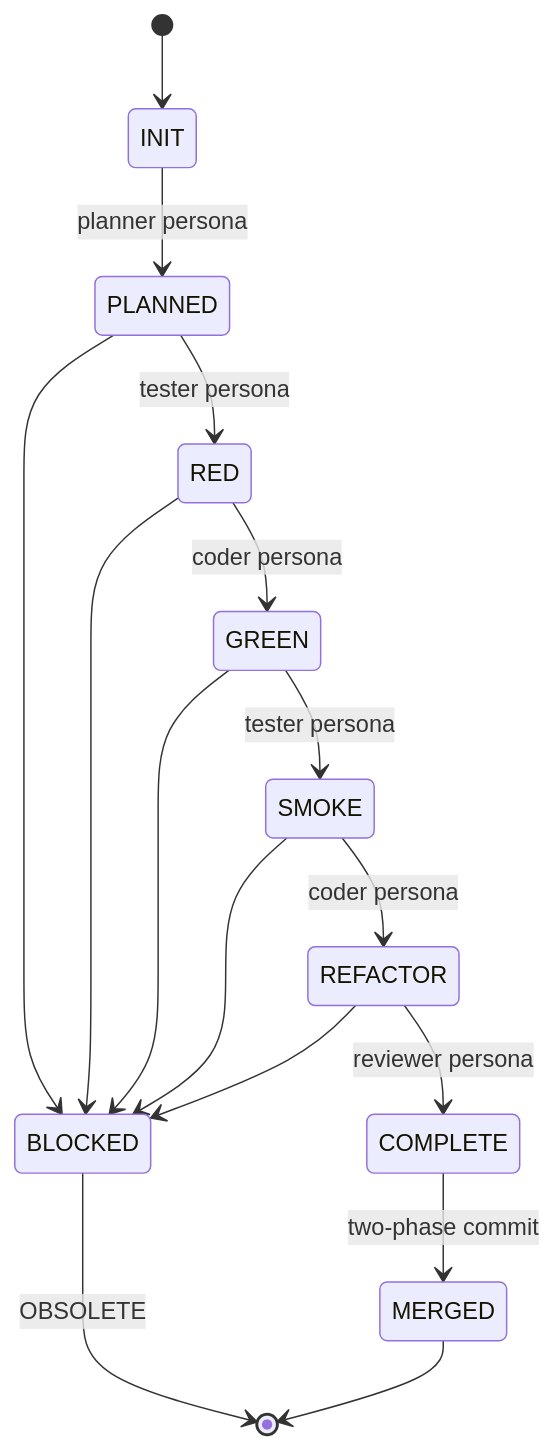
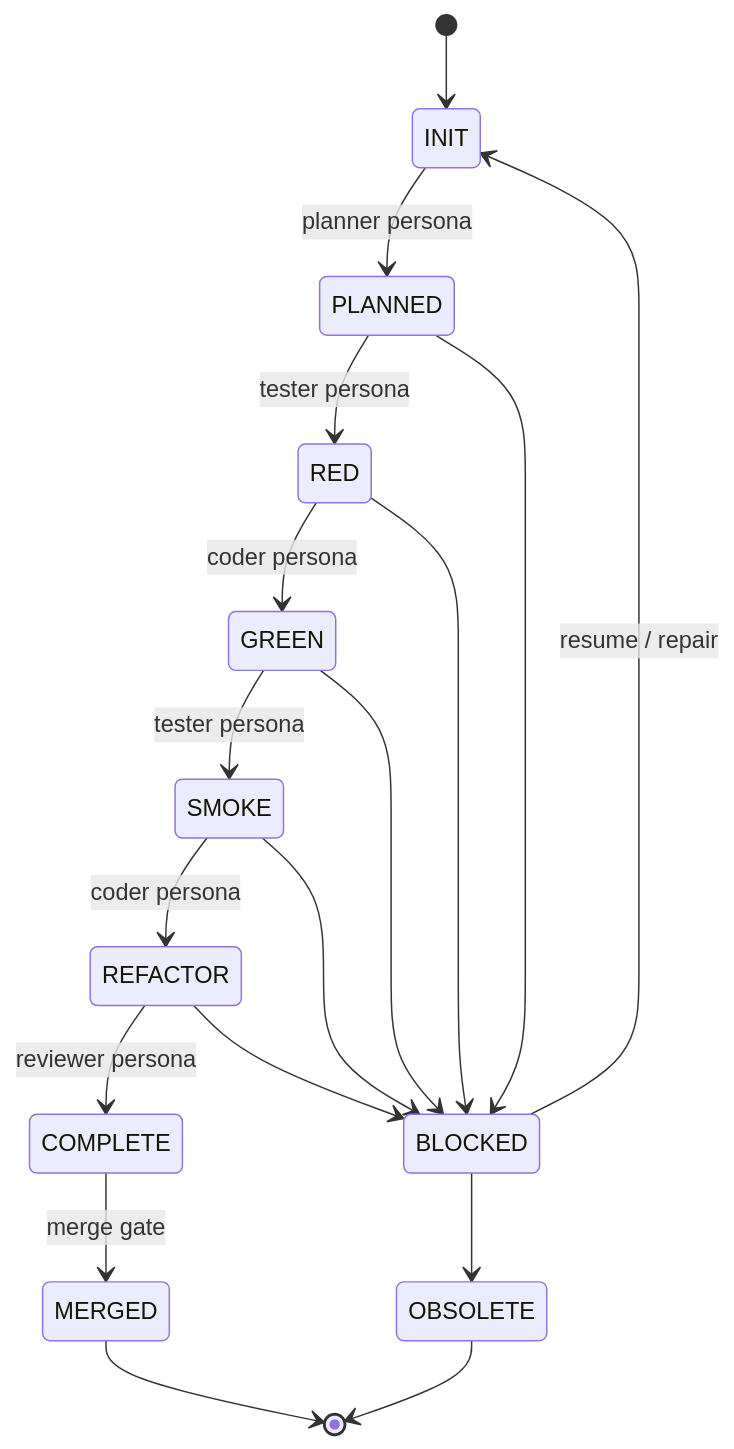
Before and after one commit to afokapu/atdd: the second of 4 diagrams in README.md, drawn with Mermaid. The commit also changed other lines of this file, not shown here.

````diff
--- a/README.md
+++ b/README.md
@@ -55,18 +223,20 @@
 ```mermaid
 stateDiagram-v2
     [*] --> INIT
     INIT --> PLANNED: planner persona
     PLANNED --> RED: tester persona
     RED --> GREEN: coder persona
     GREEN --> SMOKE: tester persona
     SMOKE --> REFACTOR: coder persona
     REFACTOR --> COMPLETE: reviewer persona
-    COMPLETE --> MERGED: two-phase commit
+    COMPLETE --> MERGED: merge gate
     PLANNED --> BLOCKED
     RED --> BLOCKED
     GREEN --> BLOCKED
     SMOKE --> BLOCKED
     REFACTOR --> BLOCKED
-    BLOCKED --> [*]: OBSOLETE
+    BLOCKED --> INIT: resume / repair
+    BLOCKED --> OBSOLETE
     MERGED --> [*]
+    OBSOLETE --> [*]
 ```
````
